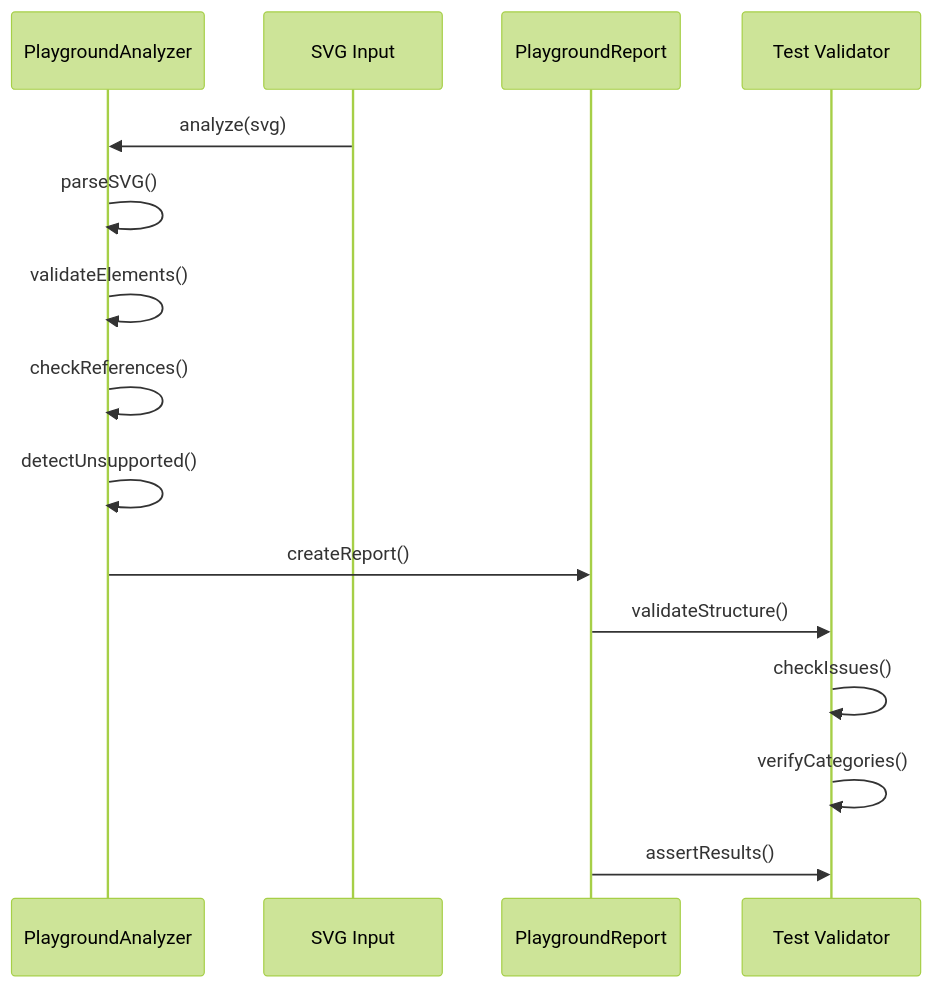
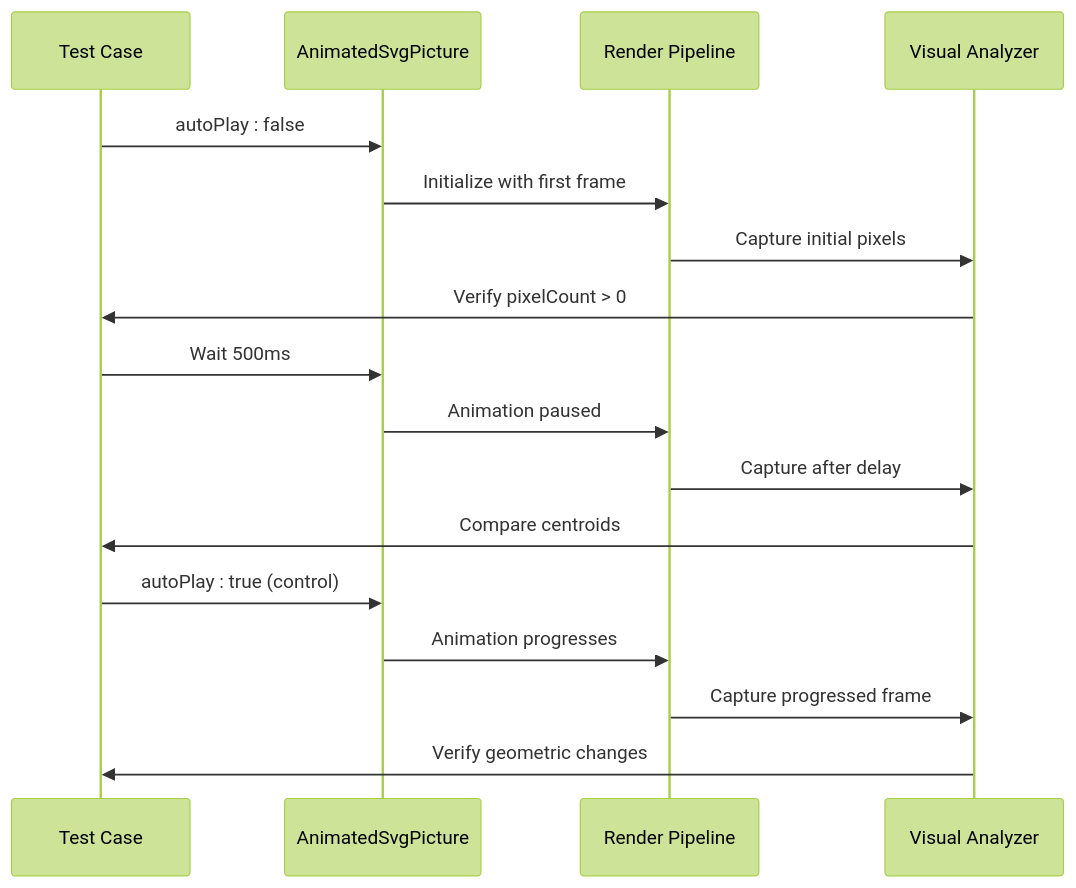
The sixth of 8 diagrams in .qoder/repowiki/en/content/Testing and Quality Assurance/Testing Infrastructure Documentation.md (denisnadey/flutter_full_svg_support), drawn with Mermaid (forest theme) before and after one commit. The commit also changed other lines of this file and 33 other files, not shown here.

````diff
--- a/.qoder/repowiki/en/content/Testing and Quality Assurance/Testing Infrastructure Documentation.md
+++ b/.qoder/repowiki/en/content/Testing and Quality Assurance/Testing Infrastructure Documentation.md
@@ -542,17 +245,19 @@
 ```mermaid
 sequenceDiagram
-participant Analyzer as PlaygroundAnalyzer
-participant SVG as SVG Input
-participant Report as PlaygroundReport
-participant Validator as Test Validator
-SVG->>Analyzer : analyze(svg)
-Analyzer->>Analyzer : parseSVG()
-Analyzer->>Analyzer : validateElements()
-Analyzer->>Analyzer : checkReferences()
-Analyzer->>Analyzer : detectUnsupported()
-Analyzer->>Report : createReport()
-Report->>Validator : validateStructure()
-Validator->>Validator : checkIssues()
-Validator->>Validator : verifyCategories()
-Report->>Validator : assertResults()
+participant Test as Test Case
+participant Widget as AnimatedSvgPicture
+participant Renderer as Render Pipeline
+participant Analyzer as Visual Analyzer
+Test->>Widget : autoPlay : false
+Widget->>Renderer : Initialize with first frame
+Renderer->>Analyzer : Capture initial pixels
+Analyzer->>Test : Verify pixelCount > 0
+Test->>Widget : Wait 500ms
+Widget->>Renderer : Animation paused
+Renderer->>Analyzer : Capture after delay
+Analyzer->>Test : Compare centroids
+Test->>Widget : autoPlay : true (control)
+Widget->>Renderer : Animation progresses
+Renderer->>Analyzer : Capture progressed frame
+Analyzer->>Test : Verify geometric changes
 ```
````
